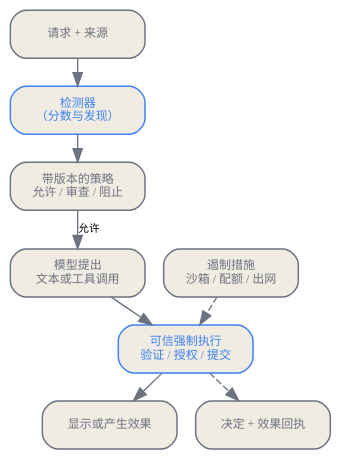
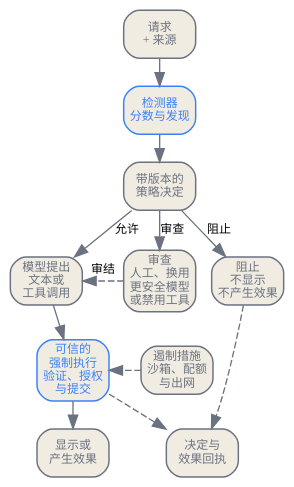
One commit to latere-ai/ai-as-an-infrastructure changed the diagram in zh/safety/04-runtime-safety.qmd. Above: the diagram before and after it, drawn with Graphviz. The commit also changed other lines of this file and 1 other file, not shown here.

Commit message:
safety: runtime control path draws the review and block outcomes

````diff
--- a/zh/safety/04-runtime-safety.qmd
+++ b/zh/safety/04-runtime-safety.qmd
@@ -19,27 +19,36 @@
 ```{dot}
 //| label: fig-runtime-control-path
-//| fig-cap: "运行时控制路径。学习得到的检测器为带版本的策略决定提供证据。可信代码在显示内容或执行动作之前落实决定，遏制措施限制失效后果，回执则记录结果。"
+//| fig-cap: "运行时控制路径。学习得到的检测器为带版本的策略决定提供证据，决定有允许、审查、阻止三种结果。获准的提议在显示或执行之前由可信代码强制执行；遏制措施限定漏检的波及范围；每一种结果都会写下回执，阻止也不例外。"
 digraph runtime {
   rankdir=TB;
   bgcolor="transparent";
-  nodesep=0.2;
-  ranksep=0.28;
-  node [shape=box, style="rounded,filled", fontname="PingFang SC", fontsize=9, margin="0.08,0.06", width=1.4, color="#6b7280", fontcolor="#6b7280", fillcolor="#f1ece1", penwidth=1.1];
-  edge [fontname="PingFang SC", color="#6b7280", fontsize=8];
+  nodesep=0.16;
+  ranksep=0.26;
+  node [shape=box, style="rounded,filled", fontname="PingFang SC", fontsize=9, margin="0.06,0.04", color="#6b7280", fontcolor="#6b7280", fillcolor="#f1ece1", penwidth=1.1];
+  edge [fontname="PingFang SC", color="#6b7280", fontsize=9];
 
-  request [label="请求 + 来源"];
-  detect [label="检测器\n（分数与发现）", color="#3b82f6", fontcolor="#3b82f6"];
-  decide [label="带版本的策略\n允许 / 审查 / 阻止"];
-  model [label="模型提出\n文本或工具调用"];
-  enforce [label="可信强制执行\n验证 / 授权 / 提交", color="#3b82f6", fontcolor="#3b82f6"];
-  result [label="显示或产生效果"];
-  contain [label="遏制措施\n沙箱 / 配额 / 出网"];
-  receipt [label="决定 + 效果回执"];
+  request [label="请求\n+ 来源"];
+  detect [label="检测器\n分数与发现", color="#3b82f6", fontcolor="#3b82f6"];
+  decide [label="带版本的\n策略决定"];
+  model [label="模型提出\n文本或\n工具调用"];
+  review [label="审查\n人工、换用\n更安全模型\n或禁用工具"];
+  block [label="阻止\n不显示\n不产生效果"];
+  enforce [label="可信的\n强制执行\n验证、授权\n与提交", color="#3b82f6", fontcolor="#3b82f6"];
+  contain [label="遏制措施\n沙箱、配额\n与出网"];
+  result [label="显示或\n产生效果"];
+  receipt [label="决定与\n效果回执"];
 
   request -> detect -> decide;
   decide -> model [label="允许"];
+  decide -> review [label="审查"];
+  decide -> block [label="阻止"];
+  review -> model [label="审结", style=dashed, constraint=false];
   model -> enforce -> result;
   contain -> enforce [style=dashed];
   enforce -> receipt [style=dashed];
+  block -> receipt [style=dashed];
+  {rank=same; model; review; block;}
+  {rank=same; enforce; contain;}
+  {rank=same; result; receipt;}
 }
 ```
````
